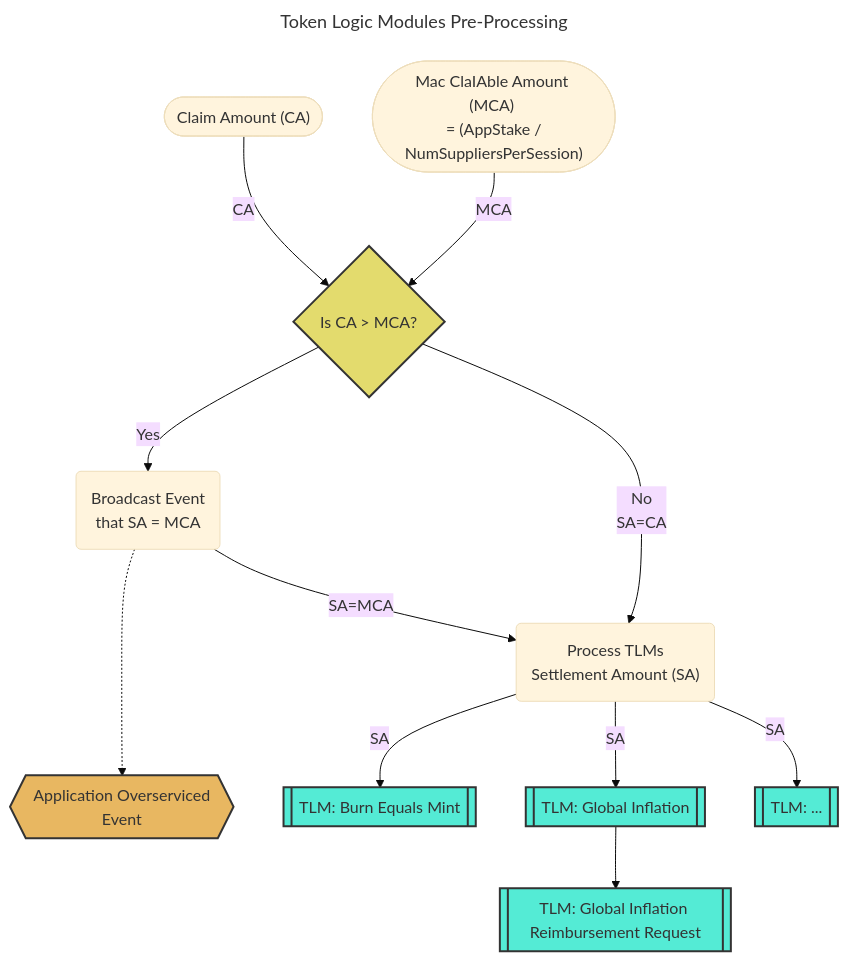
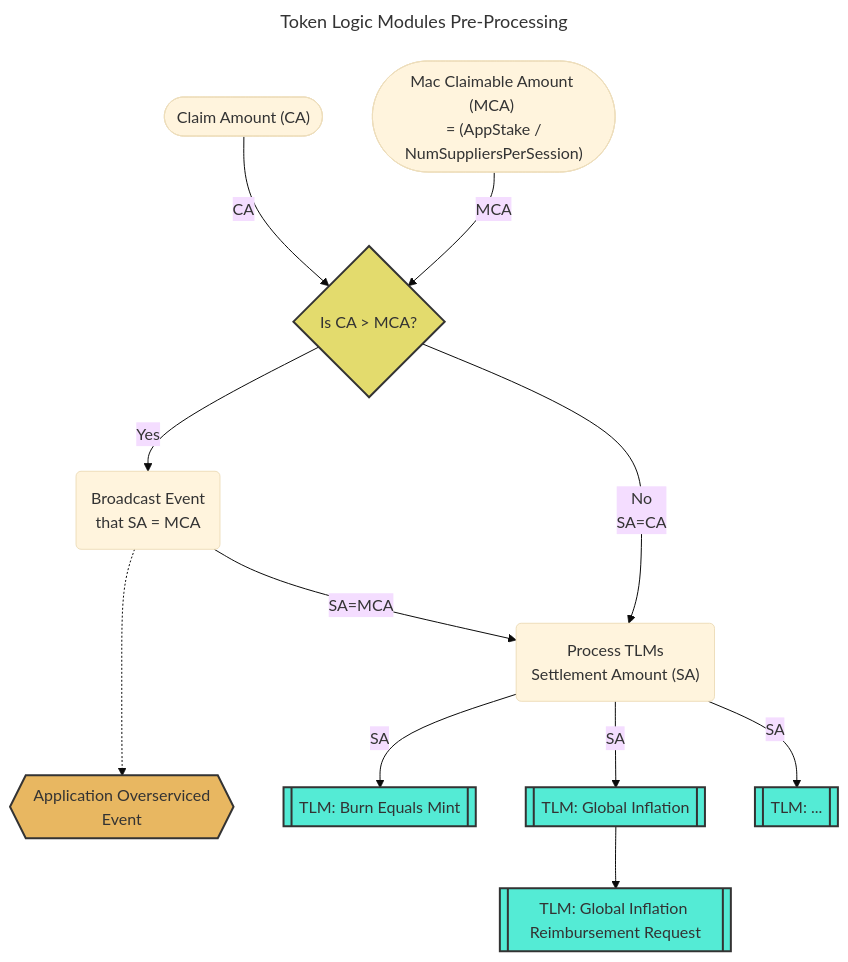
Before and after one commit to pokt-network/poktroll: the first of 6 diagrams in docusaurus/docs/protocol/tokenomics/token_logic_modules.md, drawn with Mermaid (base theme). The commit also changed other lines of this file and 1 other file, not shown here.

````diff
--- a/docusaurus/docs/protocol/tokenomics/token_logic_modules.md
+++ b/docusaurus/docs/protocol/tokenomics/token_logic_modules.md
@@ -79,33 +79,33 @@
 ```mermaid
 ---
 title: "Token Logic Modules Pre-Processing"
 ---
 flowchart TB
     CA(["Claim Amount (CA)"])
-    MCA(["Mac ClaIAble Amount (MCA) <br> = (AppStake / NumSuppliersPerSession)"])
+    MCA(["Mac Claimable Amount (MCA) <br> = (AppStake / NumSuppliersPerSession)"])
     CC{"Is CA > MCA?"}
     Update(Broadcast Event <br> that SA = MCA)
     SOAE{{Application Overserviced <br> Event}}
     TLMP("Process TLMs <br> Settlement Amount (SA)")
 
     CA -- CA --> CC
     MCA -- MCA --> CC
 
     Update -..-> SOAE
     CC -- Yes --> Update
     CC -- No<br>SA=CA --> TLMP
     Update -- SA=MCA --> TLMP
 
     TLMP --SA--> TLMBEM[[TLM: Burn Equals Mint]]
     TLMP --SA--> TLMGI[[TLM: Global Inflation]]
     TLMP --SA--> TLMO[[TLM: ...]]
     TLMGI --> TLMGIRR[[TLM: Global Inflation Reimbursement Request]]
 
     classDef tlm fill:#54ebd5,color: #333,stroke:#333,stroke-width:2px;
     classDef question fill:#e3db6d,color: #333,stroke:#333,stroke-width:2px;
     classDef event fill:#e8b761,color: #333,stroke:#333,stroke-width:2px;
 
     class TLMBEM,TLMGI,TLMGIRR,TLMO tlm;
     class SOAE event;
     class CC question;
 ```
````
